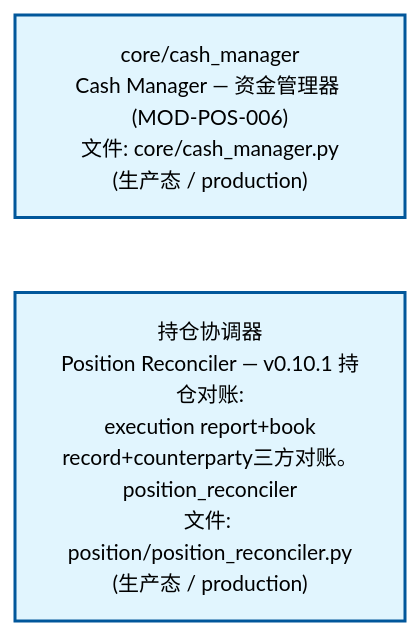
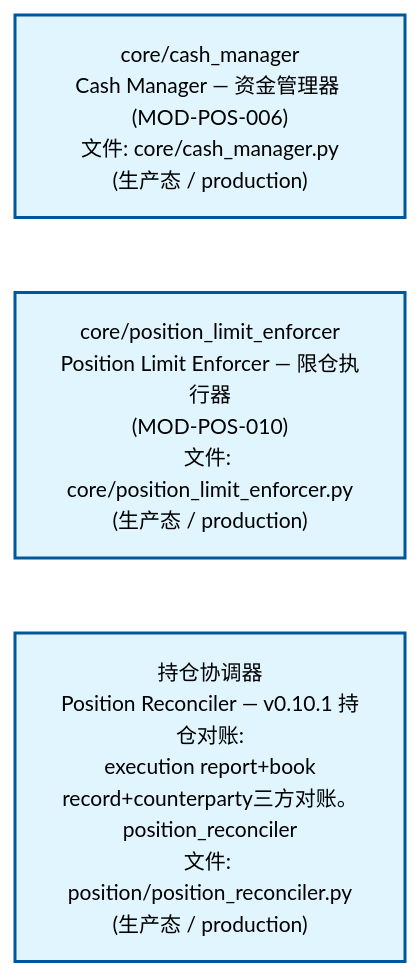
The second of 4 diagrams in docs/02_enterprise_architecture/02_domain_architecture_docs/64_d_position.md (xuanFelixVan/ZephyrAlpha), drawn with Mermaid before and after one commit. The commit also changed other lines of this file and 61 other files, not shown here.

````diff
--- a/docs/02_enterprise_architecture/02_domain_architecture_docs/64_d_position.md
+++ b/docs/02_enterprise_architecture/02_domain_architecture_docs/64_d_position.md
@@ -108,12 +108,14 @@
 ```mermaid
 %%{init: {'theme': 'base', 'themeVariables': {'primaryColor': '#eaeaea', 'primaryTextColor': '#333333', 'primaryBorderColor': '#666666', 'lineColor': '#666666', 'secondaryColor': '#eaeaea', 'tertiaryColor': '#eaeaea', 'fontSize': '14px'}}}%%
 flowchart TD
     src_zephyr_position_core_cash_manager_py["core/cash_manager<br/>Cash Manager — 资金管理器 (MOD-POS-006)<br/>文件: core/cash_manager.py<br/>(生产态 / production)"]
+    src_zephyr_position_core_position_limit_enforcer_py["core/position_limit_enforcer<br/>Position Limit Enforcer — 限仓执行器<br/>(MOD-POS-010)<br/>文件: core/position_limit_enforcer.py<br/>(生产态 / production)"]
     src_zephyr_position_position_reconciler_py["持仓协调器<br/>Position Reconciler — v0.10.1 持仓对账:<br/>execution report+book<br/>record+counterparty三方对账。<br/>position_reconciler<br/>文件: position/position_reconciler.py<br/>(生产态 / production)"]
-    src_zephyr_position_core_cash_manager_py ~~~ src_zephyr_position_position_reconciler_py
+    src_zephyr_position_core_cash_manager_py ~~~ src_zephyr_position_core_position_limit_enforcer_py
+    src_zephyr_position_core_position_limit_enforcer_py ~~~ src_zephyr_position_position_reconciler_py
     classDef production fill:#e1f5fe,stroke:#01579b,stroke-width:2px,color:#000
     classDef design fill:#fff3e0,stroke:#e65100,stroke-width:2px,color:#000,stroke-dasharray: 5 5
     classDef external_prod fill:#e8f4fd,stroke:#0277bd,stroke-width:1px,color:#000
     classDef external_design fill:#fff8e7,stroke:#ef6c00,stroke-width:1px,color:#000,stroke-dasharray: 5 5
-    class src_zephyr_position_core_cash_manager_py,src_zephyr_position_position_reconciler_py production
+    class src_zephyr_position_core_cash_manager_py,src_zephyr_position_core_position_limit_enforcer_py,src_zephyr_position_position_reconciler_py production
 ```
````
